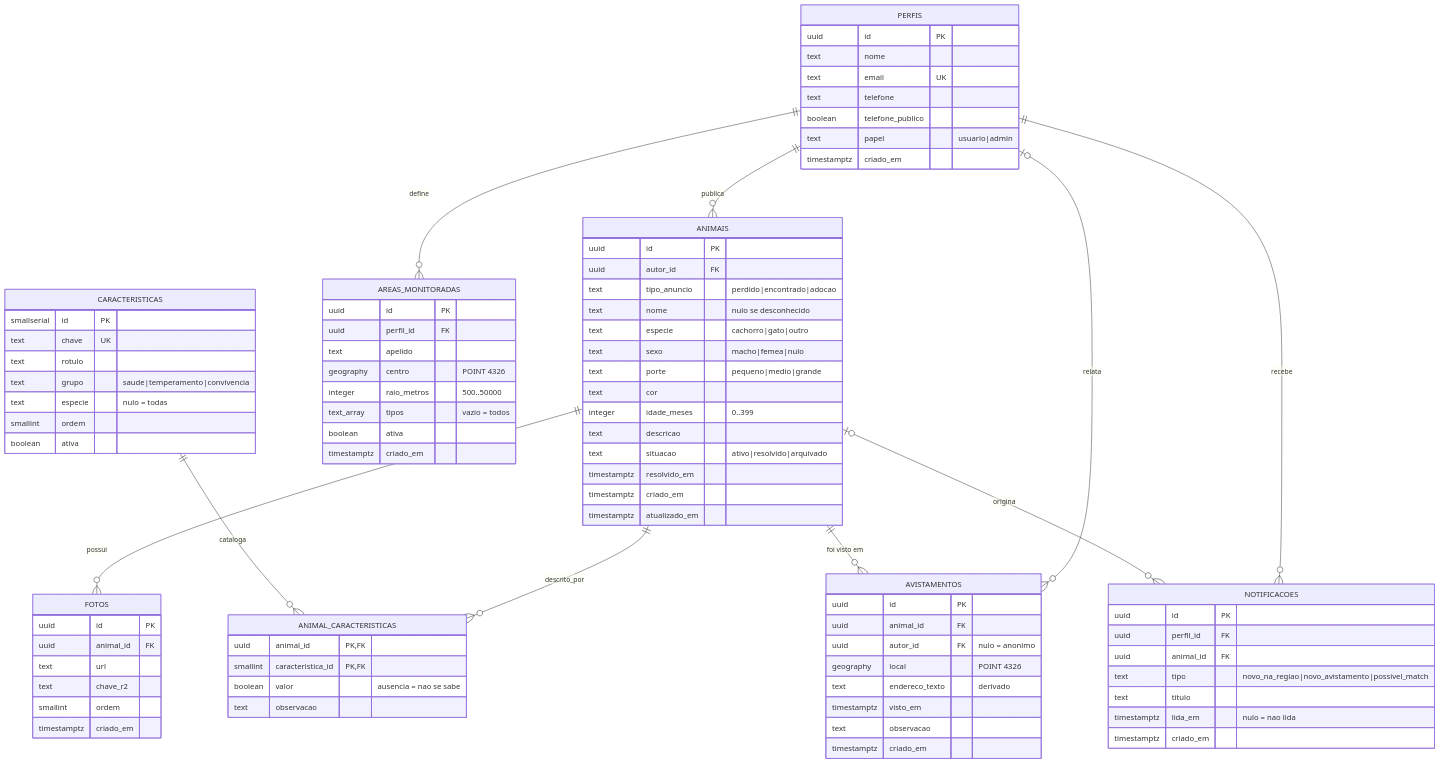
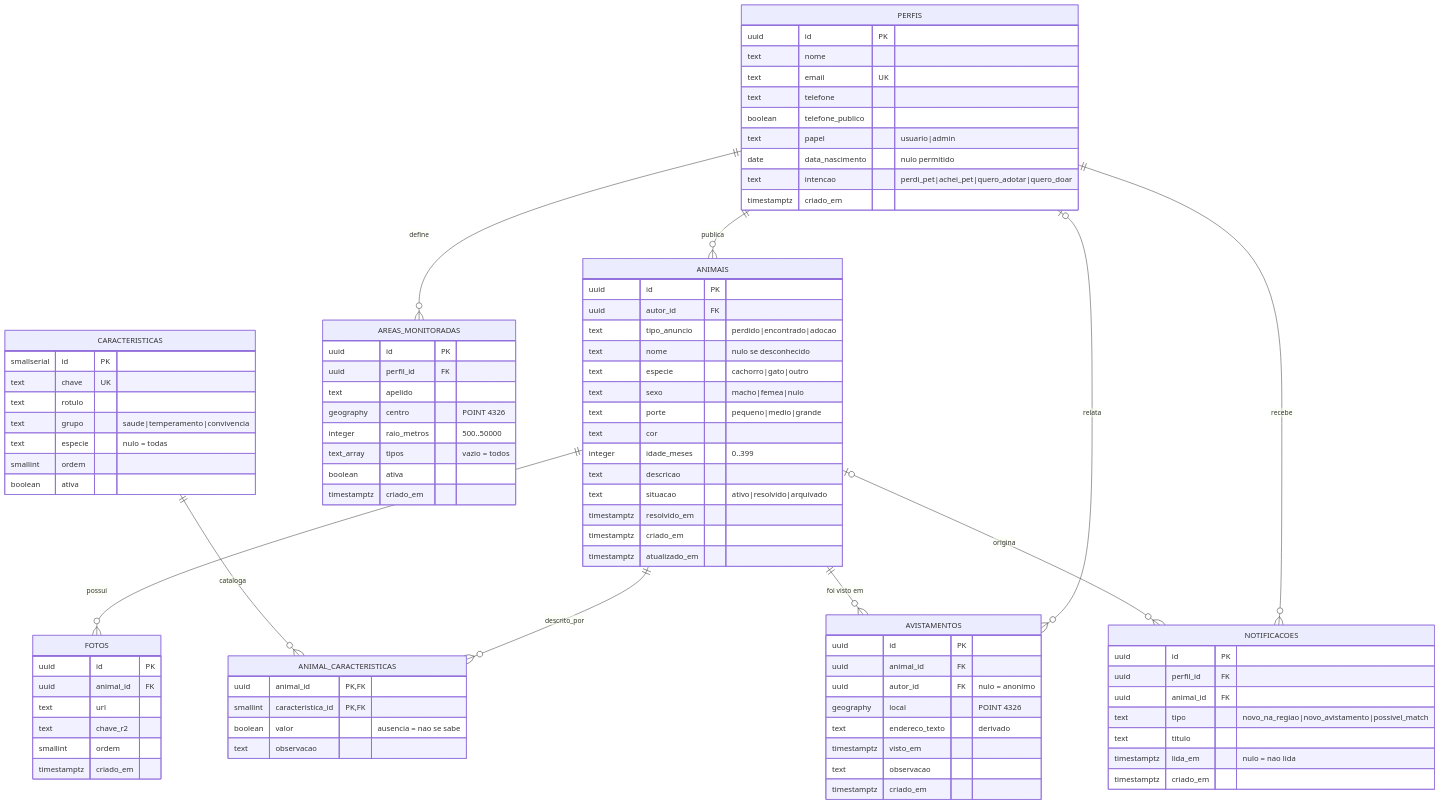
The diagram in docs/04-modelo-dados.md (TrabLocalizaPet/LocalizaPet), drawn with Mermaid before and after one commit. The commit also changed other lines of this file and 9 other files, not shown here.

First line of the commit message:
adiciona data de nascimento e intencao ao perfil

```diff
--- a/docs/04-modelo-dados.md
+++ b/docs/04-modelo-dados.md
@@ -28,6 +28,8 @@
         text telefone
         boolean telefone_publico
         text papel "usuario|admin"
+        date data_nascimento "nulo permitido"
+        text intencao "perdi_pet|achei_pet|quero_adotar|quero_doar"
         timestamptz criado_em
     }
 
```
